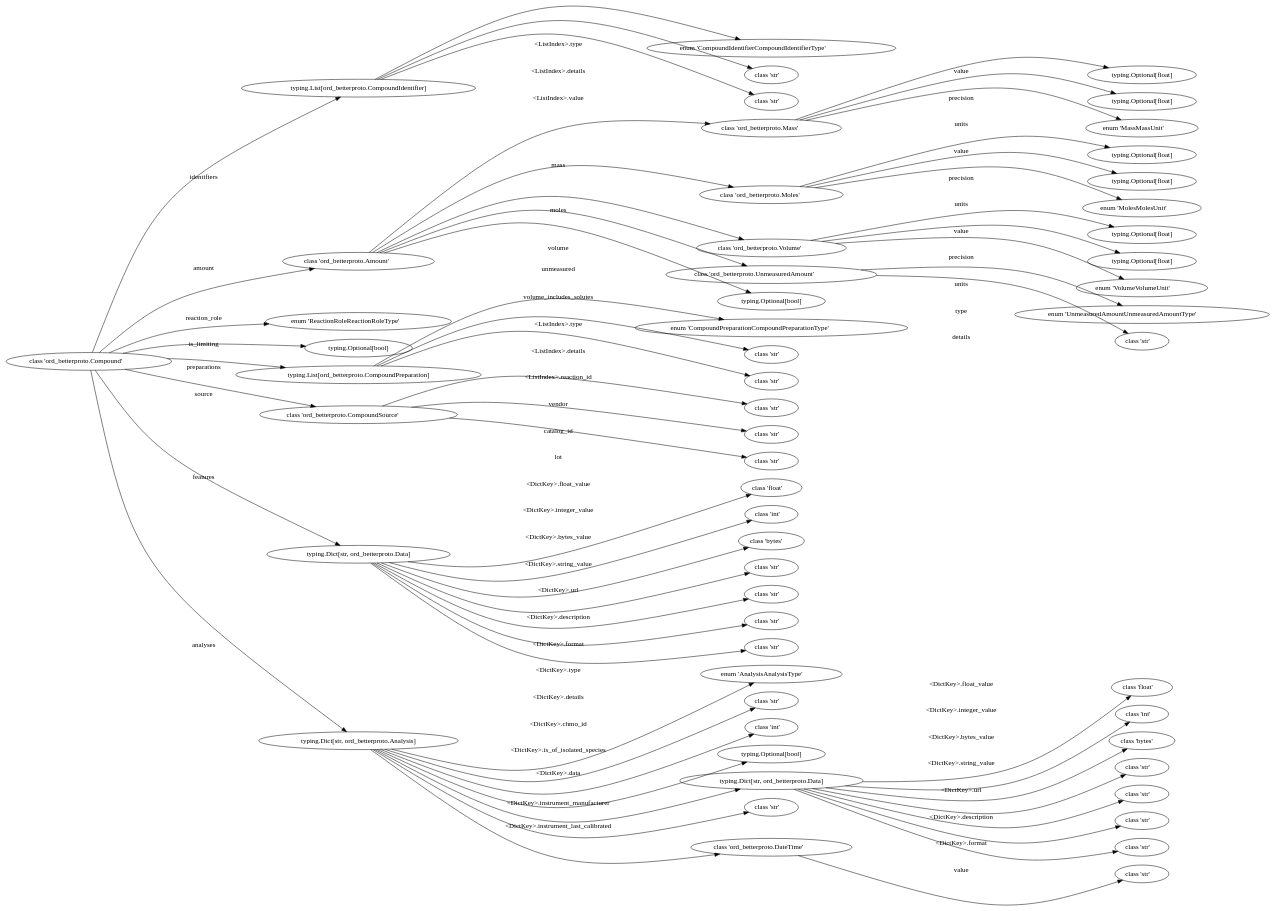
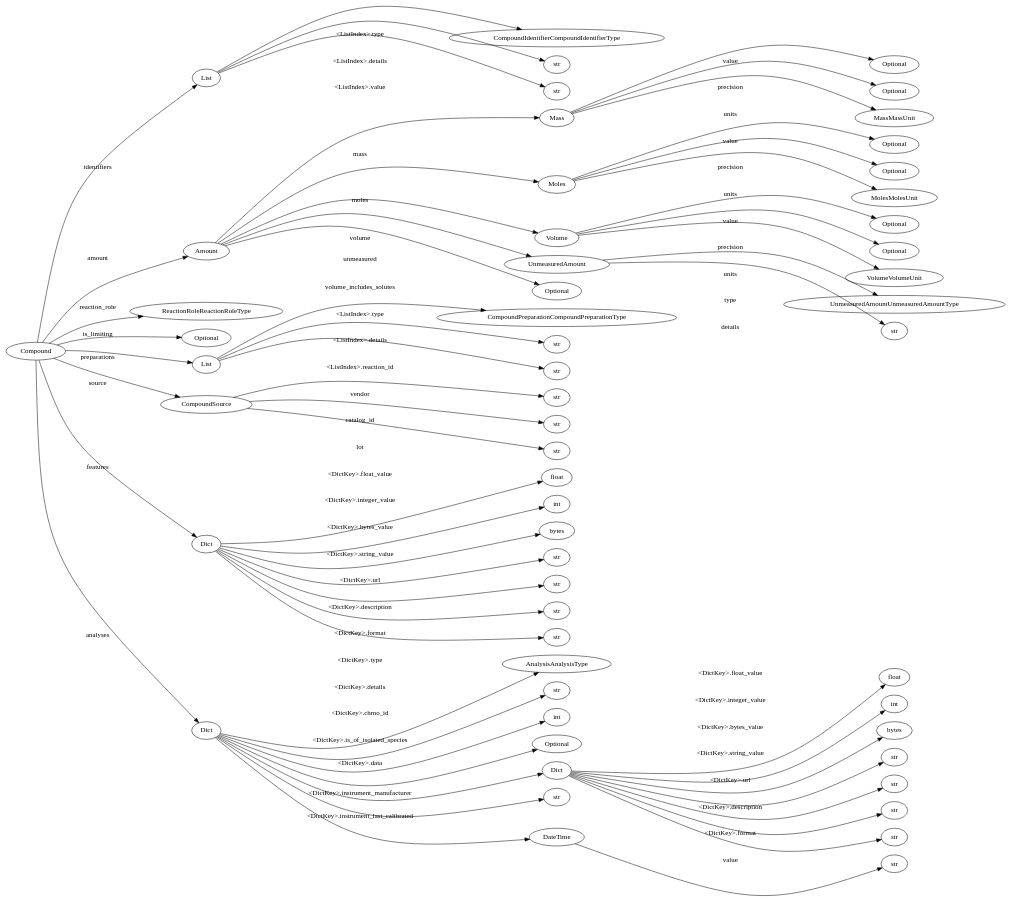
Before and after one commit to coleygroup/aspire_epv: the diagram in demo/ord_betterproto/tree_Compound.dot, drawn with Graphviz. The commit also changed 4 other files, not shown here.

```diff
--- a/demo/ord_betterproto/tree_Compound.dot
+++ b/demo/ord_betterproto/tree_Compound.dot
@@ -3,282 +3,338 @@
 		splines=curved
 	];
 	node [label="\N"];
-	0	[label=<class 'ord_betterproto.Compound'>,
+	0	[label=Compound,
 		tot="TypeOfType.Ord",
-		type="<class 'ord_betterproto.Compound'>"];
+		type="<class 'ord_betterproto.Compound'>",
+		type_string="ord_betterproto.Compound"];
 	1	[dotpath=".identifiers",
-		label="typing.List[ord_betterproto.CompoundIdentifier]",
+		label=List,
 		tot="TypeOfType.ListOrd",
-		type="typing.List[ord_betterproto.CompoundIdentifier]"];
+		type="typing.List[ord_betterproto.CompoundIdentifier]",
+		type_string="typing._GenericAlias"];
 	0 -> 1	[label=identifiers];
 	5	[dotpath=".amount",
-		label=<class 'ord_betterproto.Amount'>,
+		label=Amount,
 		tot="TypeOfType.Ord",
-		type="<class 'ord_betterproto.Amount'>"];
+		type="<class 'ord_betterproto.Amount'>",
+		type_string="ord_betterproto.Amount"];
 	0 -> 5	[label=amount];
 	22	[dotpath=".reaction_role",
-		label=<enum 'ReactionRoleReactionRoleType'>,
+		label=ReactionRoleReactionRoleType,
 		tot="TypeOfType.Ord",
-		type="<enum 'ReactionRoleReactionRoleType'>"];
+		type="<enum 'ReactionRoleReactionRoleType'>",
+		type_string="ord_betterproto.ReactionRoleReactionRoleType"];
 	0 -> 22	[label=reaction_role];
 	23	[dotpath=".is_limiting",
-		label="typing.Optional[bool]",
+		label=Optional,
 		tot="TypeOfType.OptionalLiteral",
-		type="typing.Optional[bool]"];
+		type="typing.Optional[bool]",
+		type_string="typing._UnionGenericAlias"];
 	0 -> 23	[label=is_limiting];
 	24	[dotpath=".preparations",
-		label="typing.List[ord_betterproto.CompoundPreparation]",
+		label=List,
 		tot="TypeOfType.ListOrd",
-		type="typing.List[ord_betterproto.CompoundPreparation]"];
+		type="typing.List[ord_betterproto.CompoundPreparation]",
+		type_string="typing._GenericAlias"];
 	0 -> 24	[label=preparations];
 	28	[dotpath=".source",
-		label=<class 'ord_betterproto.CompoundSource'>,
+		label=CompoundSource,
 		tot="TypeOfType.Ord",
-		type="<class 'ord_betterproto.CompoundSource'>"];
+		type="<class 'ord_betterproto.CompoundSource'>",
+		type_string="ord_betterproto.CompoundSource"];
 	0 -> 28	[label=source];
 	32	[dotpath=".features",
-		label="typing.Dict[str, ord_betterproto.Data]",
+		label=Dict,
 		tot="TypeOfType.DictOrd",
-		type="typing.Dict[str, ord_betterproto.Data]"];
+		type="typing.Dict[str, ord_betterproto.Data]",
+		type_string="typing._GenericAlias"];
 	0 -> 32	[label=features];
 	40	[dotpath=".analyses",
-		label="typing.Dict[str, ord_betterproto.Analysis]",
+		label=Dict,
 		tot="TypeOfType.DictOrd",
-		type="typing.Dict[str, ord_betterproto.Analysis]"];
+		type="typing.Dict[str, ord_betterproto.Analysis]",
+		type_string="typing._GenericAlias"];
 	0 -> 40	[label=analyses];
 	2	[dotpath=".identifiers.<ListIndex>.type",
-		label=<enum 'CompoundIdentifierCompoundIdentifierType'>,
+		label=CompoundIdentifierCompoundIdentifierType,
 		tot="TypeOfType.Ord",
-		type="<enum 'CompoundIdentifierCompoundIdentifierType'>"];
+		type="<enum 'CompoundIdentifierCompoundIdentifierType'>",
+		type_string="ord_betterproto.CompoundIdentifierCompoundIdentifierType"];
 	1 -> 2	[label="<ListIndex>.type"];
 	3	[dotpath=".identifiers.<ListIndex>.details",
-		label=<class 'str'>,
+		label=str,
 		tot="TypeOfType.Literal",
-		type="<class 'str'>"];
+		type="<class 'str'>",
+		type_string="builtins.str"];
 	1 -> 3	[label="<ListIndex>.details"];
 	4	[dotpath=".identifiers.<ListIndex>.value",
-		label=<class 'str'>,
+		label=str,
 		tot="TypeOfType.Literal",
-		type="<class 'str'>"];
+		type="<class 'str'>",
+		type_string="builtins.str"];
 	1 -> 4	[label="<ListIndex>.value"];
 	6	[dotpath=".amount.mass",
-		label=<class 'ord_betterproto.Mass'>,
+		label=Mass,
 		tot="TypeOfType.Ord",
-		type="<class 'ord_betterproto.Mass'>"];
+		type="<class 'ord_betterproto.Mass'>",
+		type_string="ord_betterproto.Mass"];
 	5 -> 6	[label=mass];
 	10	[dotpath=".amount.moles",
-		label=<class 'ord_betterproto.Moles'>,
+		label=Moles,
 		tot="TypeOfType.Ord",
-		type="<class 'ord_betterproto.Moles'>"];
+		type="<class 'ord_betterproto.Moles'>",
+		type_string="ord_betterproto.Moles"];
 	5 -> 10	[label=moles];
 	14	[dotpath=".amount.volume",
-		label=<class 'ord_betterproto.Volume'>,
+		label=Volume,
 		tot="TypeOfType.Ord",
-		type="<class 'ord_betterproto.Volume'>"];
+		type="<class 'ord_betterproto.Volume'>",
+		type_string="ord_betterproto.Volume"];
 	5 -> 14	[label=volume];
 	18	[dotpath=".amount.unmeasured",
-		label=<class 'ord_betterproto.UnmeasuredAmount'>,
+		label=UnmeasuredAmount,
 		tot="TypeOfType.Ord",
-		type="<class 'ord_betterproto.UnmeasuredAmount'>"];
+		type="<class 'ord_betterproto.UnmeasuredAmount'>",
+		type_string="ord_betterproto.UnmeasuredAmount"];
 	5 -> 18	[label=unmeasured];
 	21	[dotpath=".amount.volume_includes_solutes",
-		label="typing.Optional[bool]",
+		label=Optional,
 		tot="TypeOfType.OptionalLiteral",
-		type="typing.Optional[bool]"];
+		type="typing.Optional[bool]",
+		type_string="typing._UnionGenericAlias"];
 	5 -> 21	[label=volume_includes_solutes];
 	7	[dotpath=".amount.mass.value",
-		label="typing.Optional[float]",
+		label=Optional,
 		tot="TypeOfType.OptionalLiteral",
-		type="typing.Optional[float]"];
+		type="typing.Optional[float]",
+		type_string="typing._UnionGenericAlias"];
 	6 -> 7	[label=value];
 	8	[dotpath=".amount.mass.precision",
-		label="typing.Optional[float]",
+		label=Optional,
 		tot="TypeOfType.OptionalLiteral",
-		type="typing.Optional[float]"];
+		type="typing.Optional[float]",
+		type_string="typing._UnionGenericAlias"];
 	6 -> 8	[label=precision];
 	9	[dotpath=".amount.mass.units",
-		label=<enum 'MassMassUnit'>,
+		label=MassMassUnit,
 		tot="TypeOfType.Ord",
-		type="<enum 'MassMassUnit'>"];
+		type="<enum 'MassMassUnit'>",
+		type_string="ord_betterproto.MassMassUnit"];
 	6 -> 9	[label=units];
 	11	[dotpath=".amount.moles.value",
-		label="typing.Optional[float]",
+		label=Optional,
 		tot="TypeOfType.OptionalLiteral",
-		type="typing.Optional[float]"];
+		type="typing.Optional[float]",
+		type_string="typing._UnionGenericAlias"];
 	10 -> 11	[label=value];
 	12	[dotpath=".amount.moles.precision",
-		label="typing.Optional[float]",
+		label=Optional,
 		tot="TypeOfType.OptionalLiteral",
-		type="typing.Optional[float]"];
+		type="typing.Optional[float]",
+		type_string="typing._UnionGenericAlias"];
 	10 -> 12	[label=precision];
 	13	[dotpath=".amount.moles.units",
-		label=<enum 'MolesMolesUnit'>,
+		label=MolesMolesUnit,
 		tot="TypeOfType.Ord",
-		type="<enum 'MolesMolesUnit'>"];
+		type="<enum 'MolesMolesUnit'>",
+		type_string="ord_betterproto.MolesMolesUnit"];
 	10 -> 13	[label=units];
 	15	[dotpath=".amount.volume.value",
-		label="typing.Optional[float]",
+		label=Optional,
 		tot="TypeOfType.OptionalLiteral",
-		type="typing.Optional[float]"];
+		type="typing.Optional[float]",
+		type_string="typing._UnionGenericAlias"];
 	14 -> 15	[label=value];
 	16	[dotpath=".amount.volume.precision",
-		label="typing.Optional[float]",
+		label=Optional,
 		tot="TypeOfType.OptionalLiteral",
-		type="typing.Optional[float]"];
+		type="typing.Optional[float]",
+		type_string="typing._UnionGenericAlias"];
 	14 -> 16	[label=precision];
 	17	[dotpath=".amount.volume.units",
-		label=<enum 'VolumeVolumeUnit'>,
+		label=VolumeVolumeUnit,
 		tot="TypeOfType.Ord",
-		type="<enum 'VolumeVolumeUnit'>"];
+		type="<enum 'VolumeVolumeUnit'>",
+		type_string="ord_betterproto.VolumeVolumeUnit"];
 	14 -> 17	[label=units];
 	19	[dotpath=".amount.unmeasured.type",
-		label=<enum 'UnmeasuredAmountUnmeasuredAmountType'>,
+		label=UnmeasuredAmountUnmeasuredAmountType,
 		tot="TypeOfType.Ord",
-		type="<enum 'UnmeasuredAmountUnmeasuredAmountType'>"];
+		type="<enum 'UnmeasuredAmountUnmeasuredAmountType'>",
+		type_string="ord_betterproto.UnmeasuredAmountUnmeasuredAmountType"];
 	18 -> 19	[label=type];
 	20	[dotpath=".amount.unmeasured.details",
-		label=<class 'str'>,
+		label=str,
 		tot="TypeOfType.Literal",
-		type="<class 'str'>"];
+		type="<class 'str'>",
+		type_string="builtins.str"];
 	18 -> 20	[label=details];
 	25	[dotpath=".preparations.<ListIndex>.type",
-		label=<enum 'CompoundPreparationCompoundPreparationType'>,
+		label=CompoundPreparationCompoundPreparationType,
 		tot="TypeOfType.Ord",
-		type="<enum 'CompoundPreparationCompoundPreparationType'>"];
+		type="<enum 'CompoundPreparationCompoundPreparationType'>",
+		type_string="ord_betterproto.CompoundPreparationCompoundPreparationType"];
 	24 -> 25	[label="<ListIndex>.type"];
 	26	[dotpath=".preparations.<ListIndex>.details",
-		label=<class 'str'>,
+		label=str,
 		tot="TypeOfType.Literal",
-		type="<class 'str'>"];
+		type="<class 'str'>",
+		type_string="builtins.str"];
 	24 -> 26	[label="<ListIndex>.details"];
 	27	[dotpath=".preparations.<ListIndex>.reaction_id",
-		label=<class 'str'>,
+		label=str,
 		tot="TypeOfType.Literal",
-		type="<class 'str'>"];
+		type="<class 'str'>",
+		type_string="builtins.str"];
 	24 -> 27	[label="<ListIndex>.reaction_id"];
 	29	[dotpath=".source.vendor",
-		label=<class 'str'>,
+		label=str,
 		tot="TypeOfType.Literal",
-		type="<class 'str'>"];
+		type="<class 'str'>",
+		type_string="builtins.str"];
 	28 -> 29	[label=vendor];
 	30	[dotpath=".source.catalog_id",
-		label=<class 'str'>,
+		label=str,
 		tot="TypeOfType.Literal",
-		type="<class 'str'>"];
+		type="<class 'str'>",
+		type_string="builtins.str"];
 	28 -> 30	[label=catalog_id];
 	31	[dotpath=".source.lot",
-		label=<class 'str'>,
+		label=str,
 		tot="TypeOfType.Literal",
-		type="<class 'str'>"];
+		type="<class 'str'>",
+		type_string="builtins.str"];
 	28 -> 31	[label=lot];
 	33	[dotpath=".features.<DictKey>.float_value",
-		label=<class 'float'>,
+		label=float,
 		tot="TypeOfType.Literal",
-		type="<class 'float'>"];
+		type="<class 'float'>",
+		type_string="builtins.float"];
 	32 -> 33	[label="<DictKey>.float_value"];
 	34	[dotpath=".features.<DictKey>.integer_value",
-		label=<class 'int'>,
+		label=int,
 		tot="TypeOfType.Literal",
-		type="<class 'int'>"];
+		type="<class 'int'>",
+		type_string="builtins.int"];
 	32 -> 34	[label="<DictKey>.integer_value"];
 	35	[dotpath=".features.<DictKey>.bytes_value",
-		label=<class 'bytes'>,
+		label=bytes,
 		tot="TypeOfType.Literal",
-		type="<class 'bytes'>"];
+		type="<class 'bytes'>",
+		type_string="builtins.bytes"];
 	32 -> 35	[label="<DictKey>.bytes_value"];
 	36	[dotpath=".features.<DictKey>.string_value",
-		label=<class 'str'>,
+		label=str,
 		tot="TypeOfType.Literal",
-		type="<class 'str'>"];
+		type="<class 'str'>",
+		type_string="builtins.str"];
 	32 -> 36	[label="<DictKey>.string_value"];
 	37	[dotpath=".features.<DictKey>.url",
-		label=<class 'str'>,
+		label=str,
 		tot="TypeOfType.Literal",
-		type="<class 'str'>"];
+		type="<class 'str'>",
+		type_string="builtins.str"];
 	32 -> 37	[label="<DictKey>.url"];
 	38	[dotpath=".features.<DictKey>.description",
-		label=<class 'str'>,
+		label=str,
 		tot="TypeOfType.Literal",
-		type="<class 'str'>"];
+		type="<class 'str'>",
+		type_string="builtins.str"];
 	32 -> 38	[label="<DictKey>.description"];
 	39	[dotpath=".features.<DictKey>.format",
-		label=<class 'str'>,
+		label=str,
 		tot="TypeOfType.Literal",
-		type="<class 'str'>"];
+		type="<class 'str'>",
+		type_string="builtins.str"];
 	32 -> 39	[label="<DictKey>.format"];
 	41	[dotpath=".analyses.<DictKey>.type",
-		label=<enum 'AnalysisAnalysisType'>,
+		label=AnalysisAnalysisType,
 		tot="TypeOfType.Ord",
-		type="<enum 'AnalysisAnalysisType'>"];
+		type="<enum 'AnalysisAnalysisType'>",
+		type_string="ord_betterproto.AnalysisAnalysisType"];
 	40 -> 41	[label="<DictKey>.type"];
 	42	[dotpath=".analyses.<DictKey>.details",
-		label=<class 'str'>,
+		label=str,
 		tot="TypeOfType.Literal",
-		type="<class 'str'>"];
+		type="<class 'str'>",
+		type_string="builtins.str"];
 	40 -> 42	[label="<DictKey>.details"];
 	43	[dotpath=".analyses.<DictKey>.chmo_id",
-		label=<class 'int'>,
+		label=int,
 		tot="TypeOfType.Literal",
-		type="<class 'int'>"];
+		type="<class 'int'>",
+		type_string="builtins.int"];
 	40 -> 43	[label="<DictKey>.chmo_id"];
 	44	[dotpath=".analyses.<DictKey>.is_of_isolated_species",
-		label="typing.Optional[bool]",
+		label=Optional,
 		tot="TypeOfType.OptionalLiteral",
-		type="typing.Optional[bool]"];
+		type="typing.Optional[bool]",
+		type_string="typing._UnionGenericAlias"];
 	40 -> 44	[label="<DictKey>.is_of_isolated_species"];
 	45	[dotpath=".analyses.<DictKey>.data",
-		label="typing.Dict[str, ord_betterproto.Data]",
+		label=Dict,
 		tot="TypeOfType.DictOrd",
-		type="typing.Dict[str, ord_betterproto.Data]"];
+		type="typing.Dict[str, ord_betterproto.Data]",
+		type_string="typing._GenericAlias"];
 	40 -> 45	[label="<DictKey>.data"];
 	53	[dotpath=".analyses.<DictKey>.instrument_manufacturer",
-		label=<class 'str'>,
+		label=str,
 		tot="TypeOfType.Literal",
-		type="<class 'str'>"];
+		type="<class 'str'>",
+		type_string="builtins.str"];
 	40 -> 53	[label="<DictKey>.instrument_manufacturer"];
 	54	[dotpath=".analyses.<DictKey>.instrument_last_calibrated",
-		label=<class 'ord_betterproto.DateTime'>,
+		label=DateTime,
 		tot="TypeOfType.Ord",
-		type="<class 'ord_betterproto.DateTime'>"];
+		type="<class 'ord_betterproto.DateTime'>",
+		type_string="ord_betterproto.DateTime"];
 	40 -> 54	[label="<DictKey>.instrument_last_calibrated"];
 	46	[dotpath=".analyses.<DictKey>.data.<DictKey>.float_value",
-		label=<class 'float'>,
+		label=float,
 		tot="TypeOfType.Literal",
-		type="<class 'float'>"];
+		type="<class 'float'>",
+		type_string="builtins.float"];
 	45 -> 46	[label="<DictKey>.float_value"];
 	47	[dotpath=".analyses.<DictKey>.data.<DictKey>.integer_value",
-		label=<class 'int'>,
+		label=int,
 		tot="TypeOfType.Literal",
-		type="<class 'int'>"];
+		type="<class 'int'>",
+		type_string="builtins.int"];
 	45 -> 47	[label="<DictKey>.integer_value"];
 	48	[dotpath=".analyses.<DictKey>.data.<DictKey>.bytes_value",
-		label=<class 'bytes'>,
+		label=bytes,
 		tot="TypeOfType.Literal",
-		type="<class 'bytes'>"];
+		type="<class 'bytes'>",
+		type_string="builtins.bytes"];
 	45 -> 48	[label="<DictKey>.bytes_value"];
 	49	[dotpath=".analyses.<DictKey>.data.<DictKey>.string_value",
-		label=<class 'str'>,
+		label=str,
 		tot="TypeOfType.Literal",
-		type="<class 'str'>"];
+		type="<class 'str'>",
+		type_string="builtins.str"];
 	45 -> 49	[label="<DictKey>.string_value"];
 	50	[dotpath=".analyses.<DictKey>.data.<DictKey>.url",
-		label=<class 'str'>,
+		label=str,
 		tot="TypeOfType.Literal",
-		type="<class 'str'>"];
+		type="<class 'str'>",
+		type_string="builtins.str"];
 	45 -> 50	[label="<DictKey>.url"];
 	51	[dotpath=".analyses.<DictKey>.data.<DictKey>.description",
-		label=<class 'str'>,
+		label=str,
 		tot="TypeOfType.Literal",
-		type="<class 'str'>"];
+		type="<class 'str'>",
+		type_string="builtins.str"];
 	45 -> 51	[label="<DictKey>.description"];
 	52	[dotpath=".analyses.<DictKey>.data.<DictKey>.format",
-		label=<class 'str'>,
+		label=str,
 		tot="TypeOfType.Literal",
-		type="<class 'str'>"];
+		type="<class 'str'>",
+		type_string="builtins.str"];
 	45 -> 52	[label="<DictKey>.format"];
 	55	[dotpath=".analyses.<DictKey>.instrument_last_calibrated.value",
-		label=<class 'str'>,
+		label=str,
 		tot="TypeOfType.Literal",
-		type="<class 'str'>"];
+		type="<class 'str'>",
+		type_string="builtins.str"];
 	54 -> 55	[label=value];
 }
```
